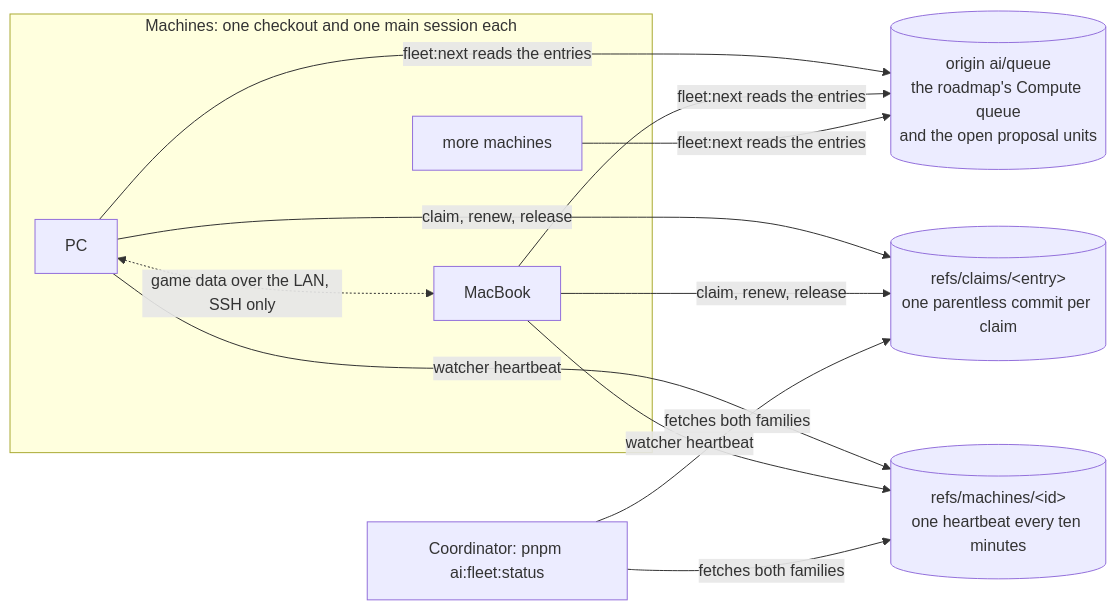
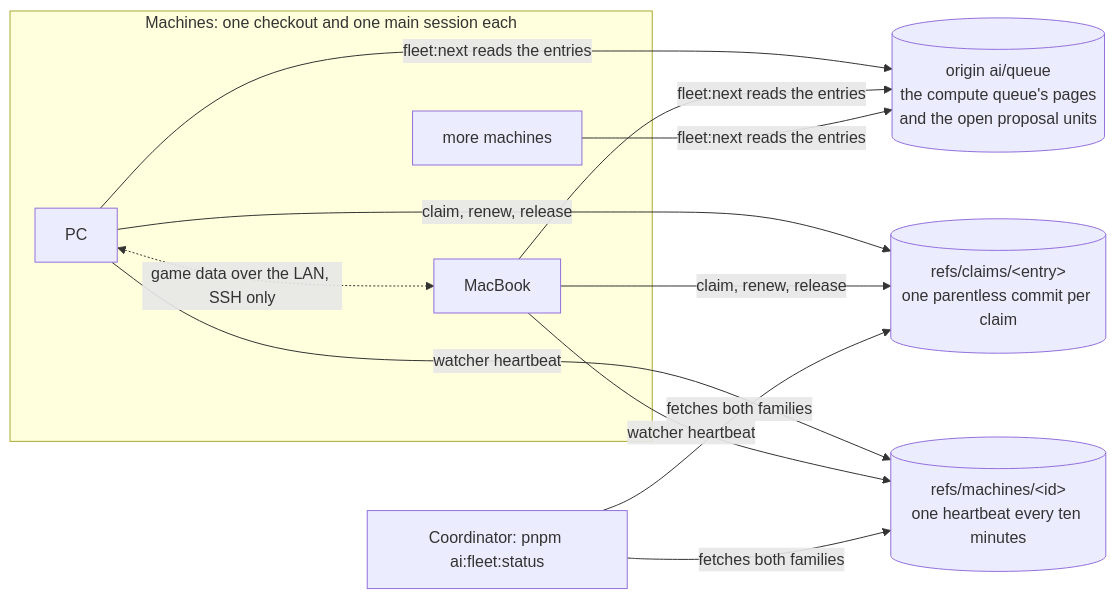
Before and after one commit to Esposter/Esposter: the diagram in apps/web/content/docs/architecture/fleet.md, drawn with Mermaid. The commit also changed other lines of this file and 38 other files, not shown here.

First line of the commit message:
docs(genshin): the compute queue leaves the roadmap for a folder of area pages, and the fleet reads every page

````diff
--- a/apps/web/content/docs/architecture/fleet.md
+++ b/apps/web/content/docs/architecture/fleet.md
@@ -12,23 +12,23 @@
 ```mermaid
 flowchart LR
   subgraph Machines["Machines: one checkout and one main session each"]
     PC["PC"]
     MAC["MacBook"]
     MORE["more machines"]
   end
-  QUEUE[("origin ai/queue<br/>the roadmap's Compute queue<br/>and the open proposal units")]
+  QUEUE[("origin ai/queue<br/>the compute queue's pages<br/>and the open proposal units")]
   CLAIMS[("refs/claims/&lt;entry&gt;<br/>one parentless commit per claim")]
   MACHINES[("refs/machines/&lt;id&gt;<br/>one heartbeat every ten minutes")]
   COORD["Coordinator: pnpm ai:fleet:status"]
 
   PC -->|"fleet:next reads the entries"| QUEUE
   MAC -->|"fleet:next reads the entries"| QUEUE
   MORE -->|"fleet:next reads the entries"| QUEUE
   PC -->|"claim, renew, release"| CLAIMS
   MAC -->|"claim, renew, release"| CLAIMS
   PC -->|"watcher heartbeat"| MACHINES
   MAC -->|"watcher heartbeat"| MACHINES
   COORD -->|"fetches both families"| CLAIMS
   COORD -->|"fetches both families"| MACHINES
   PC <-.->|"game data over the LAN, SSH only"| MAC
 ```
````
